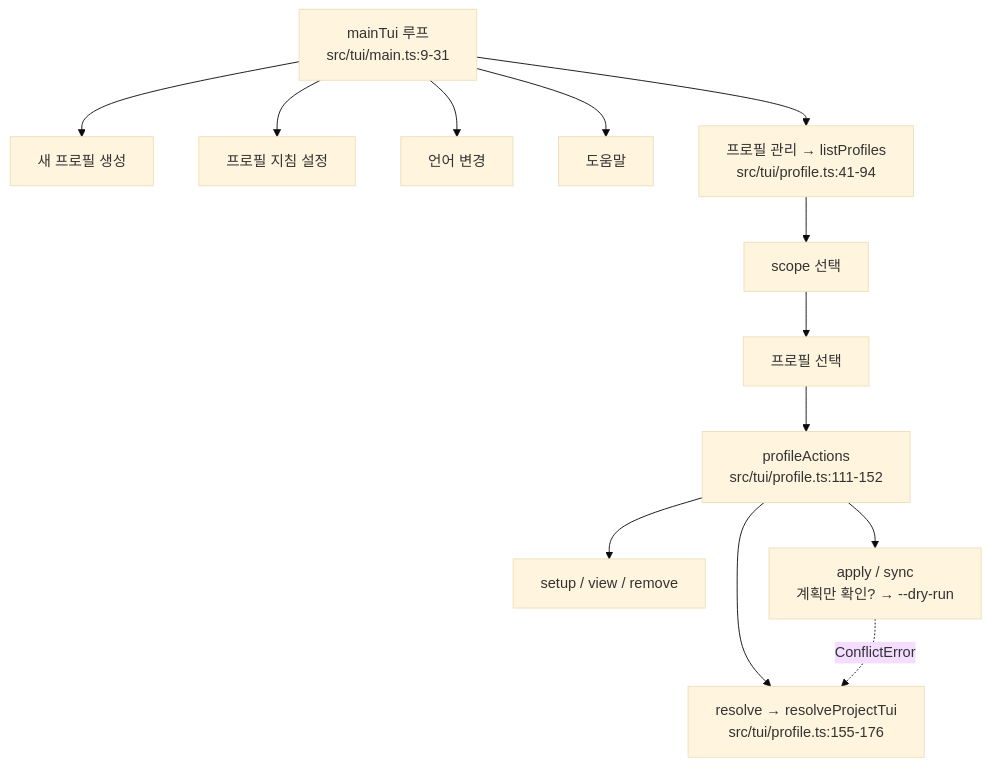
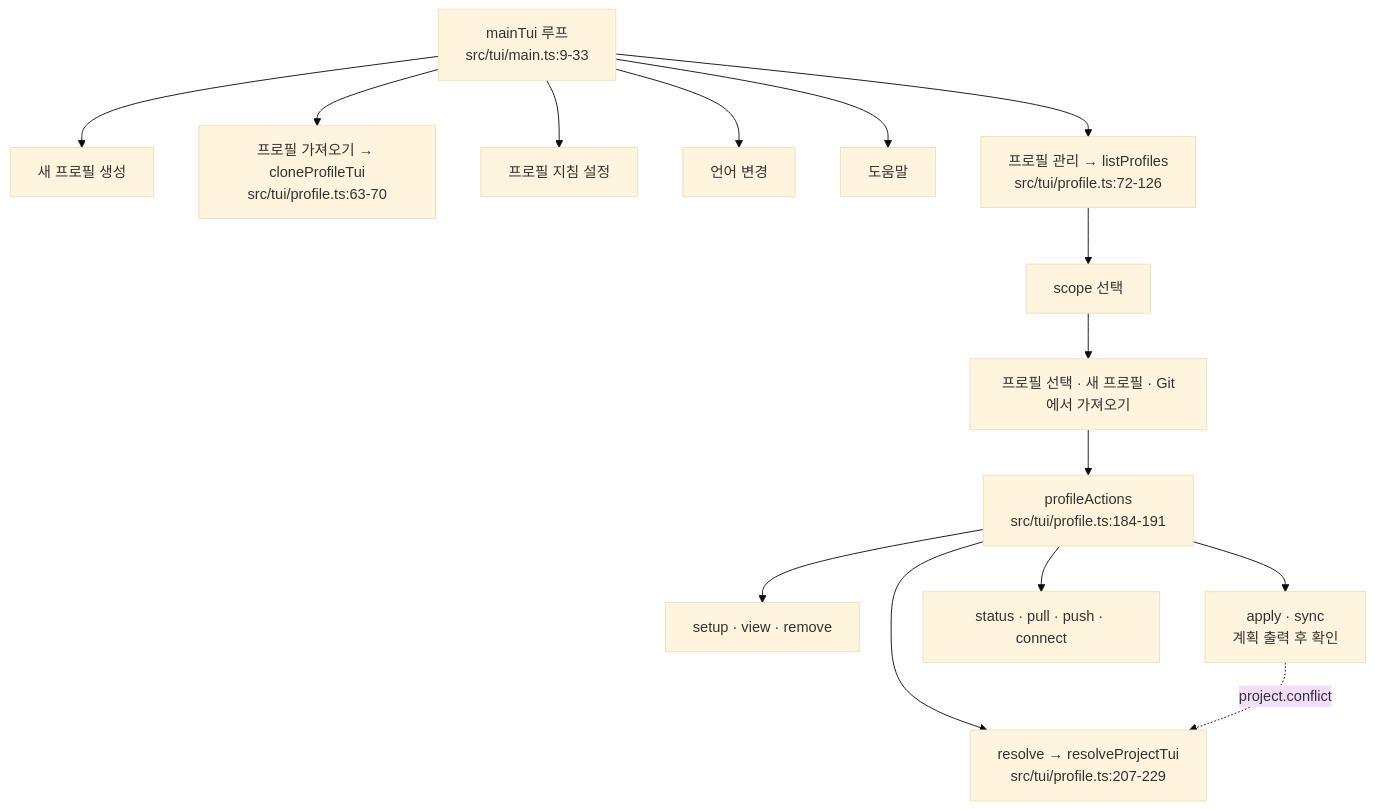
The seventh of 11 diagrams in docs/architecture/implementation-mechanics.md (IsthisLee/agent-context-manager), drawn with Mermaid (base theme) before and after one commit. The commit also changed other lines of this file and 60 other files, not shown here.

````diff
--- a/docs/architecture/implementation-mechanics.md
+++ b/docs/architecture/implementation-mechanics.md
@@ -345,15 +391,17 @@
 ```mermaid
 flowchart TD
-  M["mainTui 루프<br/>src/tui/main.ts:9-31"] --> C1["새 프로필 생성"]
+  M["mainTui 루프<br/>src/tui/main.ts:9-33"] --> C1["새 프로필 생성"]
+  M --> CL["프로필 가져오기 → cloneProfileTui<br/>src/tui/profile.ts:63-70"]
   M --> C2["프로필 지침 설정"]
   M --> C3["언어 변경"]
   M --> C4["도움말"]
-  M --> MG["프로필 관리 → listProfiles<br/>src/tui/profile.ts:41-94"]
+  M --> MG["프로필 관리 → listProfiles<br/>src/tui/profile.ts:72-126"]
   MG --> SC["scope 선택"]
-  SC --> SEL["프로필 선택"]
-  SEL --> ACT["profileActions<br/>src/tui/profile.ts:111-152"]
-  ACT --> A1["setup / view / remove"]
-  ACT --> A2["apply / sync<br/>계획만 확인? → --dry-run"]
-  ACT --> A3["resolve → resolveProjectTui<br/>src/tui/profile.ts:155-176"]
-  A2 -.->|"ConflictError"| A3
+  SC --> SEL["프로필 선택 · 새 프로필 · Git에서 가져오기"]
+  SEL --> ACT["profileActions<br/>src/tui/profile.ts:184-191"]
+  ACT --> A1["setup · view · remove"]
+  ACT --> A2["apply · sync<br/>계획 출력 후 확인"]
+  ACT --> A4["status · pull · push · connect"]
+  ACT --> A3["resolve → resolveProjectTui<br/>src/tui/profile.ts:207-229"]
+  A2 -.->|"project.conflict"| A3
 ```
````
